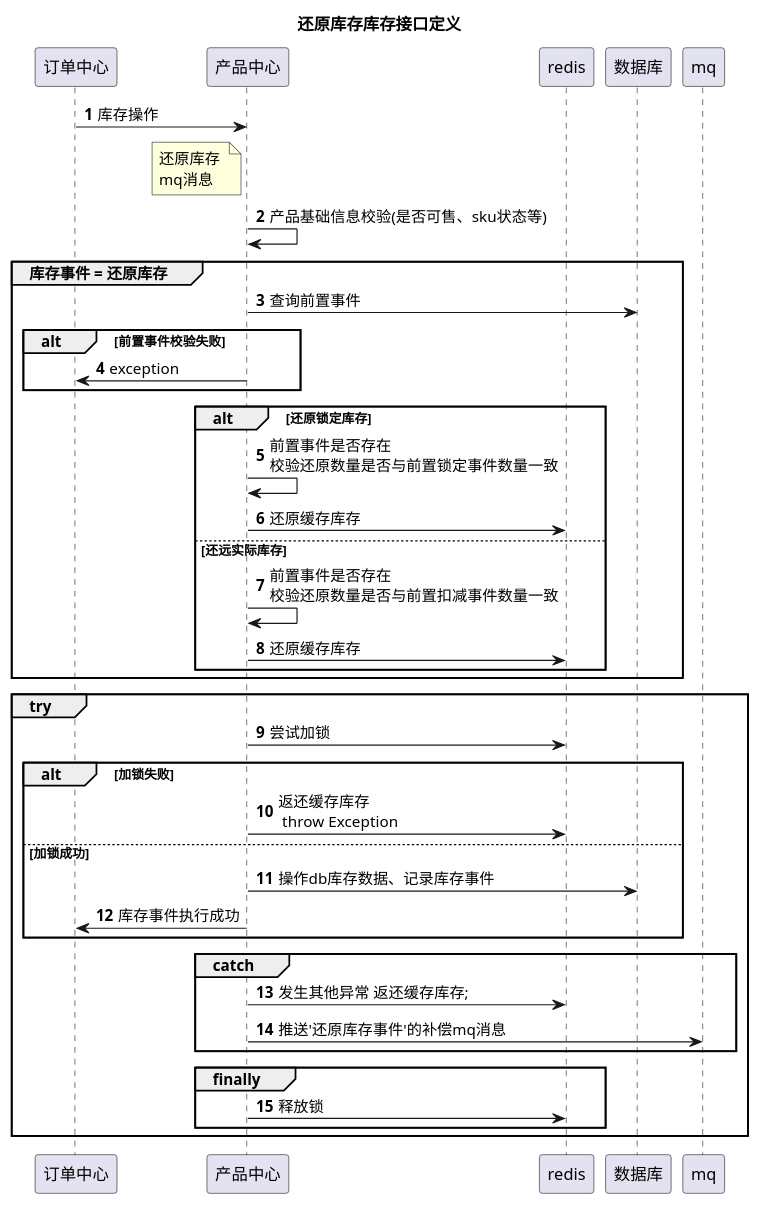
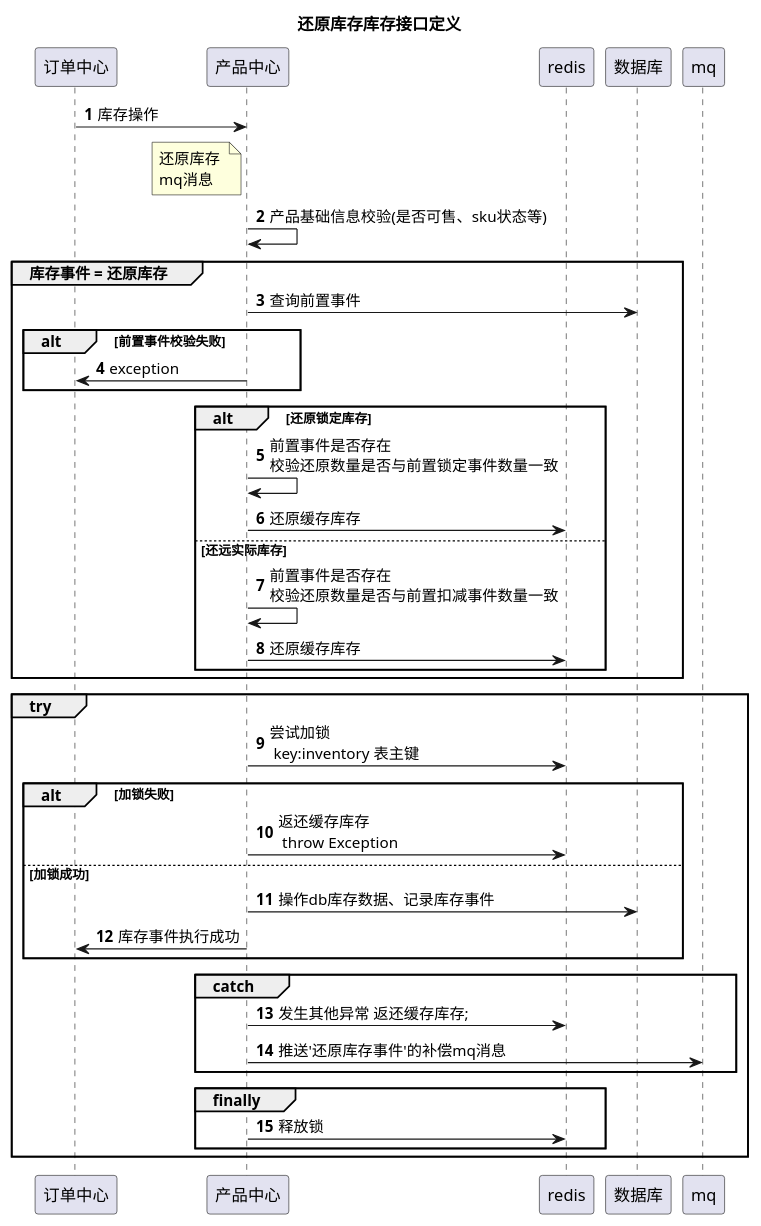
One commit to learnxin/testdemo changed the diagram in src/main/resources/plantuml/nh/inventory/rollback_inventroy.puml. Above: the diagram before and after it, drawn with PlantUML. The commit also changed 2 other files, not shown here.

Commit message:
inventory puml

```diff
--- a/src/main/resources/plantuml/nh/inventory/rollback_inventroy.puml
+++ b/src/main/resources/plantuml/nh/inventory/rollback_inventroy.puml
@@ -1,49 +1,49 @@
 @startuml
 title 还原库存库存接口定义
 
 autonumber
 participant "订单中心" as vc
 participant "产品中心" as cpm
 participant "redis" as redis
 participant "数据库" as db
 
 vc -> cpm: 库存操作
 note left of cpm:还原库存 \nmq消息
 
 
 cpm -> cpm: 产品基础信息校验(是否可售、sku状态等)
 group 库存事件 = 还原库存
     cpm -> db : 查询前置事件
     alt 前置事件校验失败
     cpm -> vc : exception
     end
     alt 还原锁定库存
         cpm -> cpm : 前置事件是否存在\n校验还原数量是否与前置锁定事件数量一致
         cpm -> redis: 还原缓存库存
     else 还远实际库存
         cpm -> cpm : 前置事件是否存在\n校验还原数量是否与前置扣减事件数量一致
         cpm -> redis: 还原缓存库存
     end
 end
 
 group try
 'cpm->cpm:// 尝试加锁\nboolean isLocked = lock.tryLock(500, 1000, TimeUnit.MILLISECONDS);\n//    加锁失败 返还名额 throw ex\n        if (!isLocked) {\n                         cacheManager.atomicGetAndAdd(key, -num);\n                         throw new VcRpcException(CommonResponseCode.LockFailure);\n                     }        \n                     // 更新课程剩余名额\n                     trainDo.setScale(scale);\n                     trainService.updateTrain(trainDo, clientInfo);
-    cpm->redis:尝试加锁
+    cpm->redis:尝试加锁 \n key:inventory 表主键
     alt 加锁失败
     cpm -> redis:返还缓存库存 \n throw Exception
     else 加锁成功
     cpm -> db :操作db库存数据、记录库存事件
     cpm -> vc :库存事件执行成功
     end
     group catch
         cpm -> redis: 发生其他异常 返还缓存库存;
         cpm -> mq : 推送'还原库存事件'的补偿mq消息
     end
 
     group finally
         cpm -> redis: 释放锁
 
     end
 end
 
 @enduml
```
